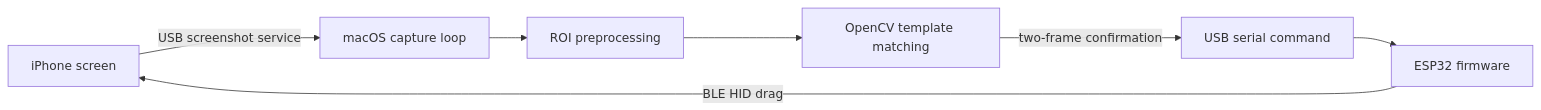
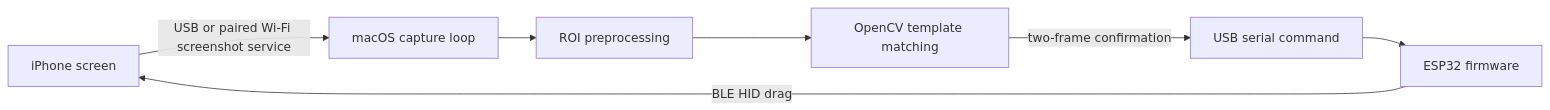
The diagram in README.md (RaymondCJA/reels-ad-skipper), drawn with Mermaid before and after one commit. The commit also changed other lines of this file, not shown here.

Commit message:
Document wireless iPhone capture

````diff
--- a/README.md
+++ b/README.md
@@ -26,9 +26,9 @@
 ```mermaid
 flowchart LR
-    A[iPhone screen] -->|USB screenshot service| B[macOS capture loop]
+    A[iPhone screen] -->|USB or paired Wi-Fi screenshot service| B[macOS capture loop]
     B --> C[ROI preprocessing]
     C --> D[OpenCV template matching]
     D -->|two-frame confirmation| E[USB serial command]
     E --> F[ESP32 firmware]
     F -->|BLE HID drag| A
 ```
````
